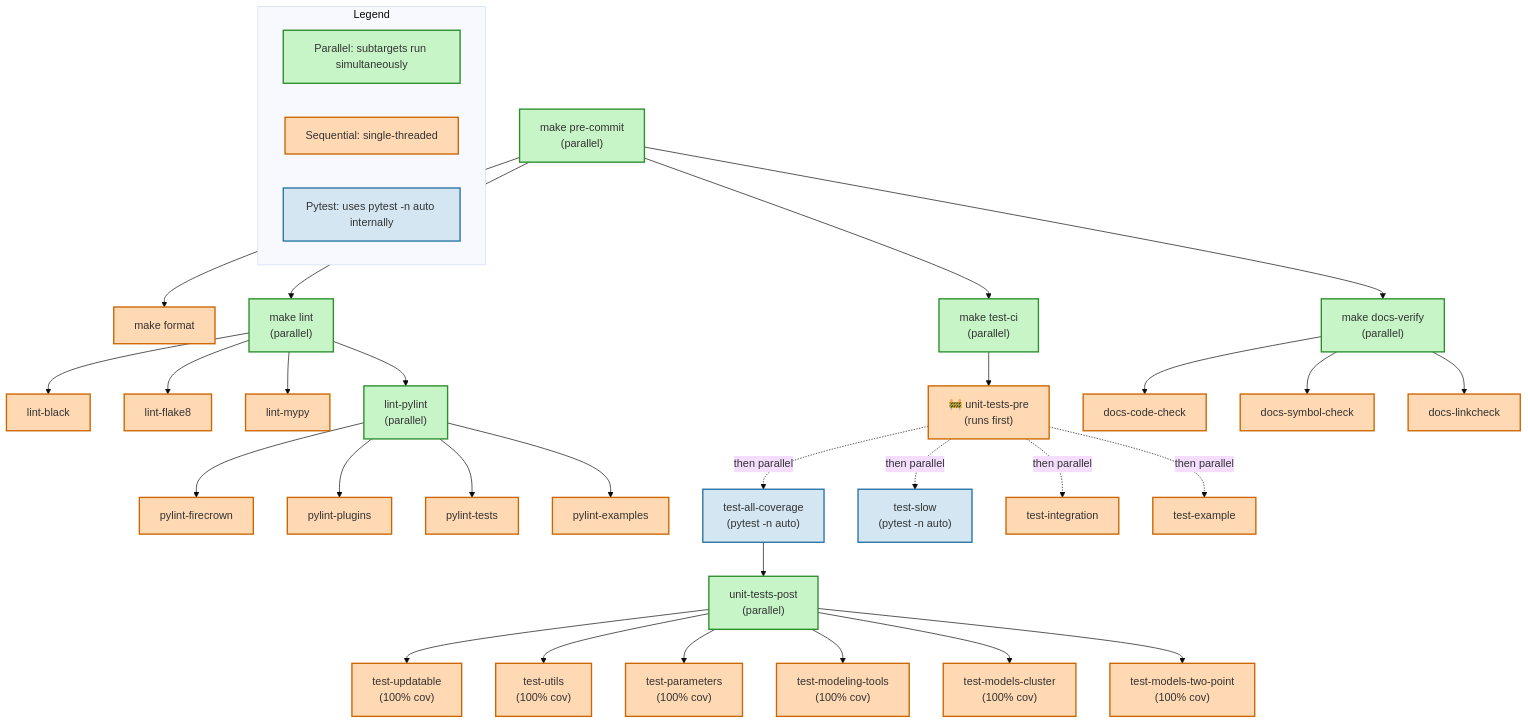
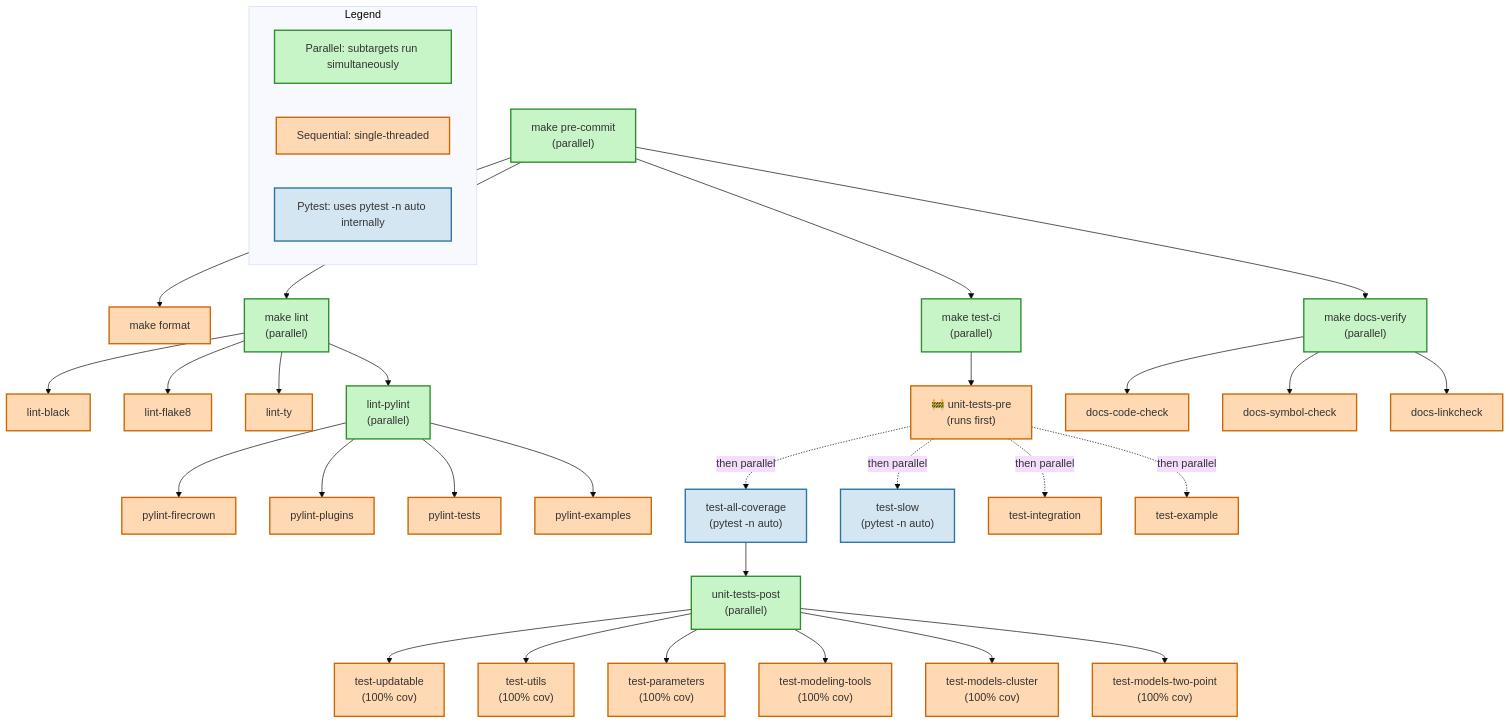
The second of 2 diagrams in CONTRIBUTING_ADVANCED.md (LSSTDESC/firecrown), drawn with Mermaid (base theme) before and after one commit. The commit also changed other lines of this file and 30 other files, not shown here.

````diff
--- a/CONTRIBUTING_ADVANCED.md
+++ b/CONTRIBUTING_ADVANCED.md
@@ -81,54 +81,54 @@
 ```mermaid
 graph TD
     classDef parallel fill:#c7f5c7,stroke:#2d8e2d,stroke-width:2px;
     classDef sequential fill:#ffd9b3,stroke:#cc6600,stroke-width:2px;
     classDef pytest fill:#d4e6f1,stroke:#2874a6,stroke-width:2px;
     
     pre-commit["make pre-commit<br/>(parallel)"]:::parallel
     
     %% Pre-commit parallel branches
     pre-commit --> format["make format"]:::sequential
     pre-commit --> lint["make lint<br/>(parallel)"]:::parallel
     pre-commit --> docs-verify["make docs-verify<br/>(parallel)"]:::parallel
     pre-commit --> test-ci["make test-ci<br/>(parallel)"]:::parallel
     
     %% Lint parallelism
     lint --> lint-black["lint-black"]:::sequential
     lint --> lint-flake8["lint-flake8"]:::sequential
-    lint --> lint-mypy["lint-mypy"]:::sequential
+    lint --> lint-ty["lint-ty"]:::sequential
     lint --> lint-pylint["lint-pylint<br/>(parallel)"]:::parallel
     
     lint-pylint --> pylint-fc["pylint-firecrown"]:::sequential
     lint-pylint --> pylint-plug["pylint-plugins"]:::sequential
     lint-pylint --> pylint-test["pylint-tests"]:::sequential
     lint-pylint --> pylint-ex["pylint-examples"]:::sequential
     
     %% Test-CI parallelism (after unit-tests-pre barrier)
     test-ci --> barrier["🚧 unit-tests-pre<br/>(runs first)"]:::sequential
     barrier -.->|then parallel| test-all-cov["test-all-coverage<br/>(pytest -n auto)"]:::pytest
     barrier -.->|then parallel| test-slow["test-slow<br/>(pytest -n auto)"]:::pytest
     barrier -.->|then parallel| test-int["test-integration"]:::sequential
     barrier -.->|then parallel| test-ex["test-example"]:::sequential
     
     %% Unit tests post parallelism
     test-all-cov --> unit-post["unit-tests-post<br/>(parallel)"]:::parallel
     
     unit-post --> t-upd["test-updatable<br/>(100% cov)"]:::sequential
     unit-post --> t-util["test-utils<br/>(100% cov)"]:::sequential
     unit-post --> t-param["test-parameters<br/>(100% cov)"]:::sequential
     unit-post --> t-model["test-modeling-tools<br/>(100% cov)"]:::sequential
     unit-post --> t-clus["test-models-cluster<br/>(100% cov)"]:::sequential
     unit-post --> t-two["test-models-two-point<br/>(100% cov)"]:::sequential
     
     %% Docs verify parallelism
     docs-verify --> d-code["docs-code-check"]:::sequential
     docs-verify --> d-sym["docs-symbol-check"]:::sequential
     docs-verify --> d-link["docs-linkcheck"]:::sequential
     
     %% Legend
     subgraph legend["Legend"]
         leg-par["Parallel: subtargets run simultaneously"]:::parallel
         leg-seq["Sequential: single-threaded"]:::sequential
         leg-pytest["Pytest: uses pytest -n auto internally"]:::pytest
     end
 ```
````
